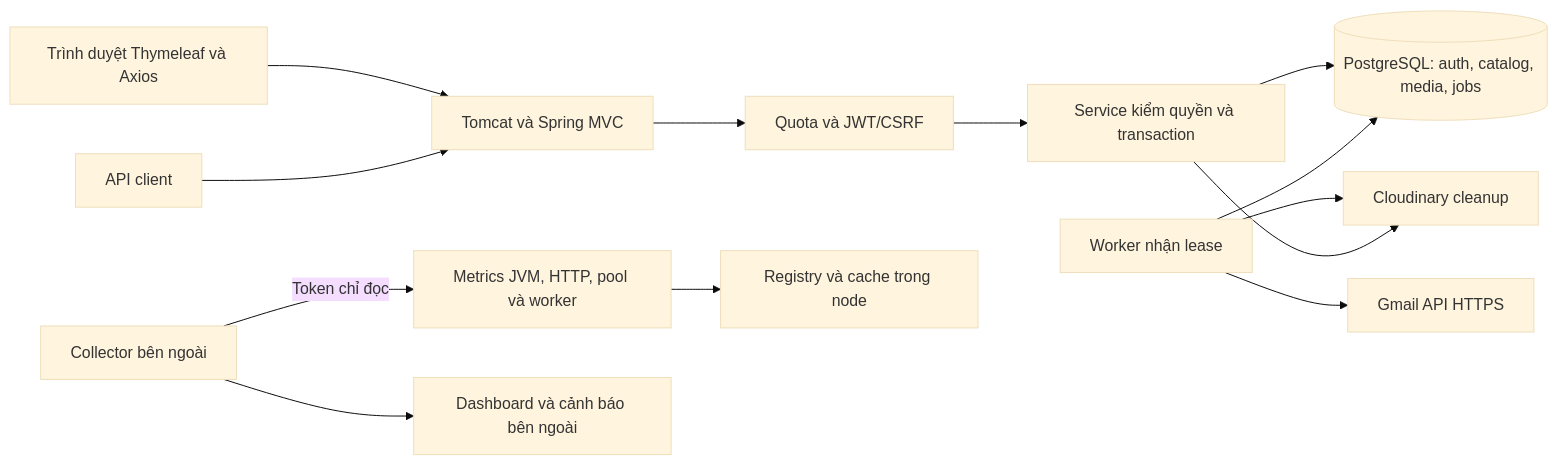
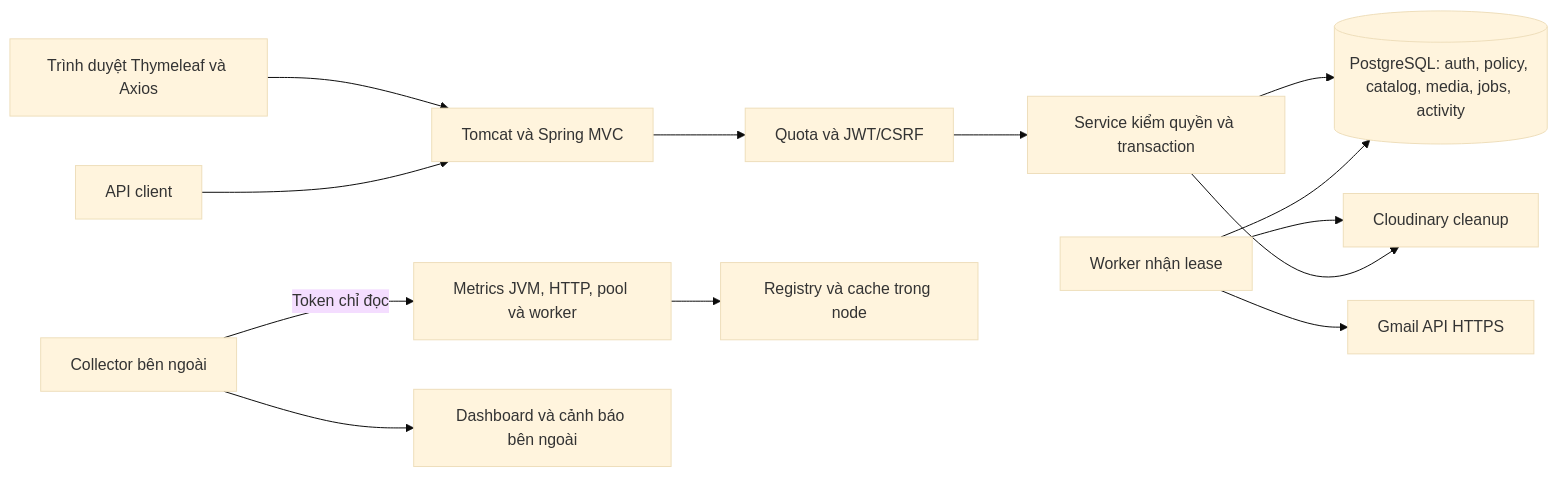
One commit to hieuv526034/vietroute-web changed the diagram in docs/01-bat-dau/TONG_QUAN_HE_THONG.md. Above: the diagram before and after it, drawn with Mermaid (base theme). The commit also changed other lines of this file and 4 other files, not shown here.

````diff
--- a/docs/01-bat-dau/TONG_QUAN_HE_THONG.md
+++ b/docs/01-bat-dau/TONG_QUAN_HE_THONG.md
@@ -15,15 +15,15 @@
 ```mermaid
 flowchart LR
     Browser[Trình duyệt Thymeleaf và Axios] --> Web[Tomcat và Spring MVC]
     Api[API client] --> Web
     Web --> Security[Quota và JWT/CSRF]
     Security --> Services[Service kiểm quyền và transaction]
-    Services --> DB[(PostgreSQL: auth, catalog, media, jobs)]
+    Services --> DB[(PostgreSQL: auth, policy, catalog, media, jobs, activity)]
     Worker[Worker nhận lease] --> DB
     Worker --> Gmail[Gmail API HTTPS]
     Worker --> Cloudinary[Cloudinary cleanup]
     Services --> Cloudinary
     Monitor[Collector bên ngoài] -->|Token chỉ đọc| Metrics[Metrics JVM, HTTP, pool và worker]
     Metrics --> Registry[Registry và cache trong node]
     Monitor --> Dashboard[Dashboard và cảnh báo bên ngoài]
 ```
````
